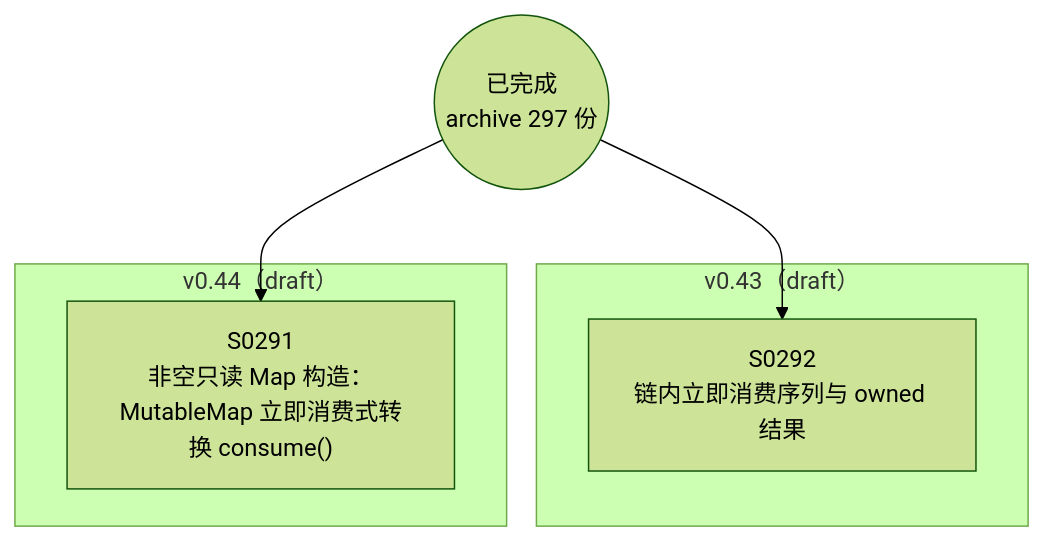
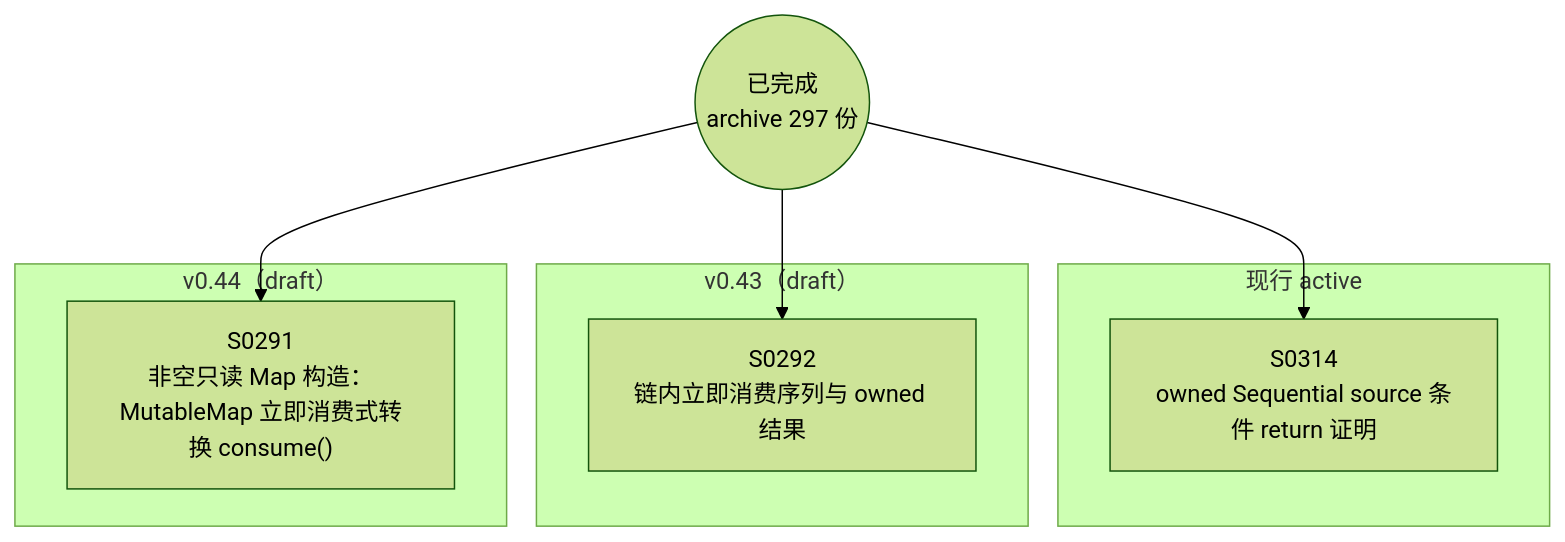
One commit to Halckon/Koven changed the diagram in docs/specs/dependency-graph.md. Above: the diagram before and after it, drawn with Mermaid (forest theme). The commit also changed other lines of this file and 7 other files, not shown here.

Commit message:
docs(spec-0314): define bounded owned-source return contract

````diff
--- a/docs/specs/dependency-graph.md
+++ b/docs/specs/dependency-graph.md
@@ -9,12 +9,16 @@
 ```mermaid
 flowchart TD
 ARCH(("已完成<br/>archive 297 份"))
+subgraph Gactive["现行 active"]
+  S0314["S0314<br/>owned Sequential source 条件 return 证明"]
+end
 subgraph Gdrafts_v043["v0.43（draft）"]
   S0292["S0292<br/>链内立即消费序列与 owned 结果"]
 end
 subgraph Gdrafts_v044["v0.44（draft）"]
   S0291["S0291<br/>非空只读 Map 构造：MutableMap 立即消费式转换 consume()"]
 end
 ARCH --> S0291
 ARCH --> S0292
+ARCH --> S0314
 ```
````
